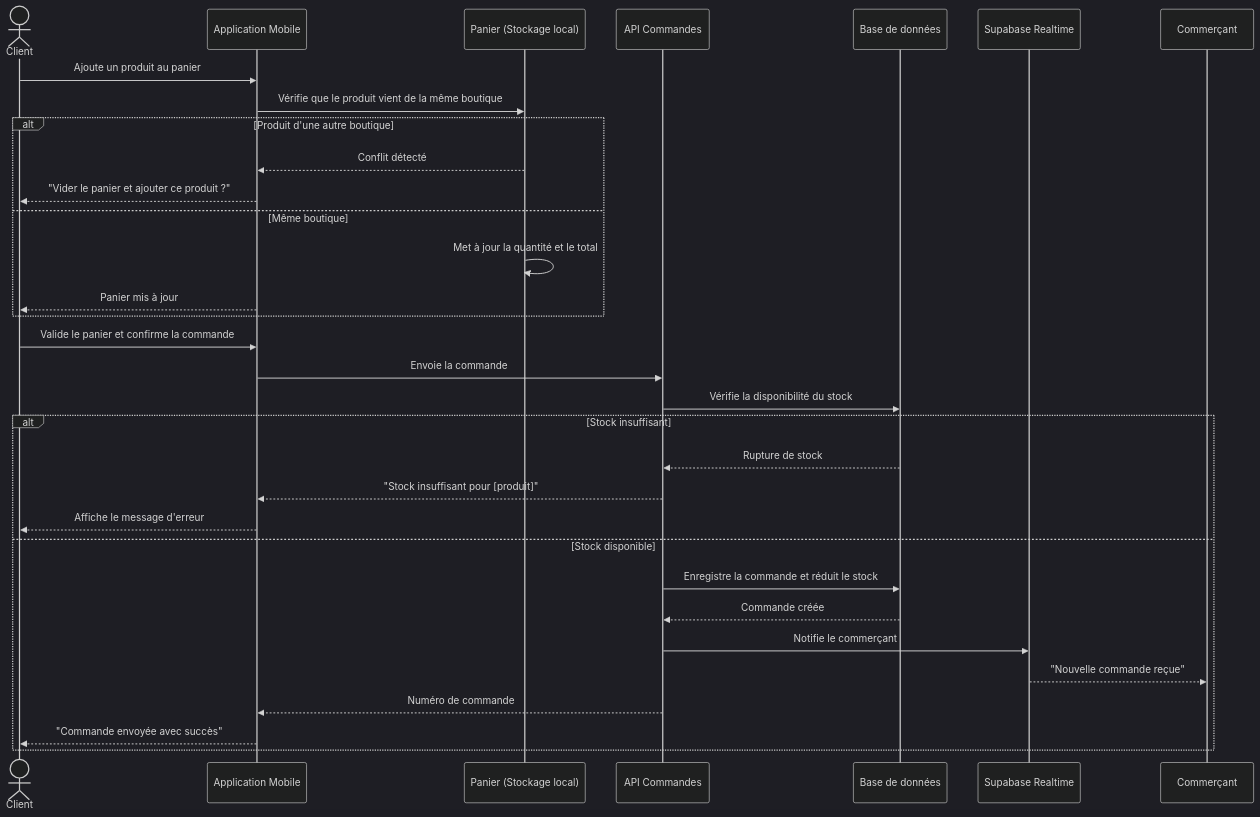
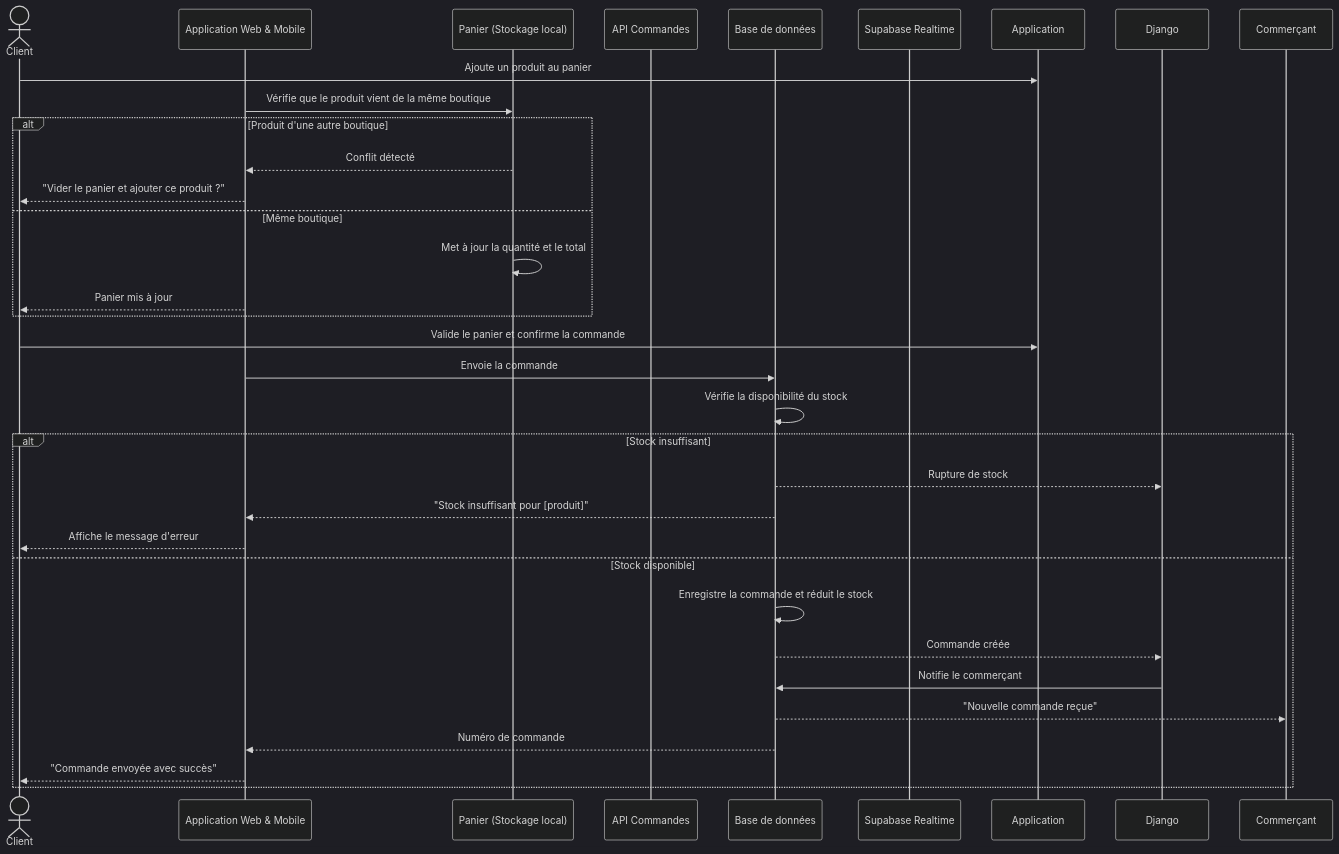
The eighth of 22 diagrams in CHAPITRE3_CONCEPTION.md (Abderrahmen1111/private-PFE-repos), drawn with Mermaid (dark theme) before and after one commit. The commit also changed other lines of this file and 2 other files, not shown here.

Commit message:
docs: adapt sequence diagrams to Web/Mobile apps and Django SaaS Admin

````diff
--- a/CHAPITRE3_CONCEPTION.md
+++ b/CHAPITRE3_CONCEPTION.md
@@ -555,34 +554,34 @@
 ```mermaid
 sequenceDiagram
     actor Client
-    participant Application as Application Mobile
+    participant App as Application Web & Mobile
     participant Panier as Panier (Stockage local)
     participant Serveur as API Commandes
     participant BD as Base de données
     participant Notif as Supabase Realtime
 
     Client->>Application: Ajoute un produit au panier
-    Application->>Panier: Vérifie que le produit vient de la même boutique
+    App->>Panier: Vérifie que le produit vient de la même boutique
     alt Produit d'une autre boutique
-        Panier-->>Application: Conflit détecté
-        Application-->>Client: "Vider le panier et ajouter ce produit ?"
+        Panier-->>App: Conflit détecté
+        App-->>Client: "Vider le panier et ajouter ce produit ?"
     else Même boutique
         Panier->>Panier: Met à jour la quantité et le total
-        Application-->>Client: Panier mis à jour
+        App-->>Client: Panier mis à jour
     end
     Client->>Application: Valide le panier et confirme la commande
-    Application->>Serveur: Envoie la commande
-    Serveur->>BD: Vérifie la disponibilité du stock
+    App->>BD: Envoie la commande
+    BD->>BD: Vérifie la disponibilité du stock
     alt Stock insuffisant
-        BD-->>Serveur: Rupture de stock
-        Serveur-->>Application: "Stock insuffisant pour [produit]"
-        Application-->>Client: Affiche le message d'erreur
+        BD-->>Django: Rupture de stock
+        BD-->>App: "Stock insuffisant pour [produit]"
+        App-->>Client: Affiche le message d'erreur
     else Stock disponible
-        Serveur->>BD: Enregistre la commande et réduit le stock
-        BD-->>Serveur: Commande créée
-        Serveur->>Notif: Notifie le commerçant
-        Notif-->>Commerçant: "Nouvelle commande reçue"
-        Serveur-->>Application: Numéro de commande
-        Application-->>Client: "Commande envoyée avec succès"
+        BD->>BD: Enregistre la commande et réduit le stock
+        BD-->>Django: Commande créée
+        Django->>BD: Notifie le commerçant
+        BD-->>Commerçant: "Nouvelle commande reçue"
+        BD-->>App: Numéro de commande
+        App-->>Client: "Commande envoyée avec succès"
     end
 ```
````
